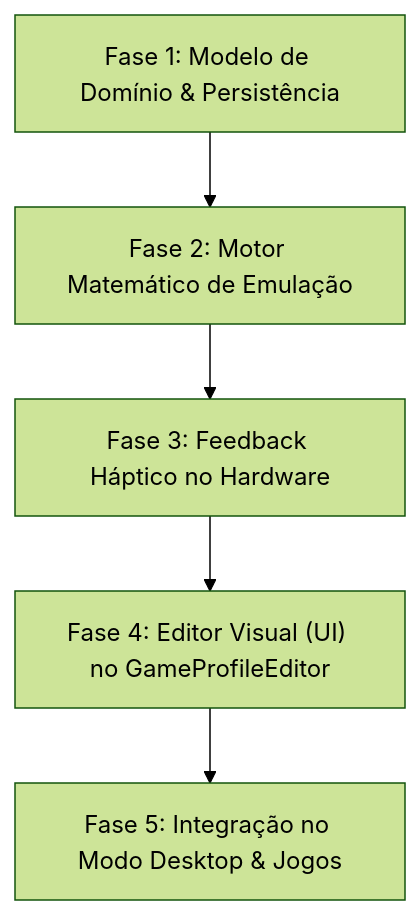
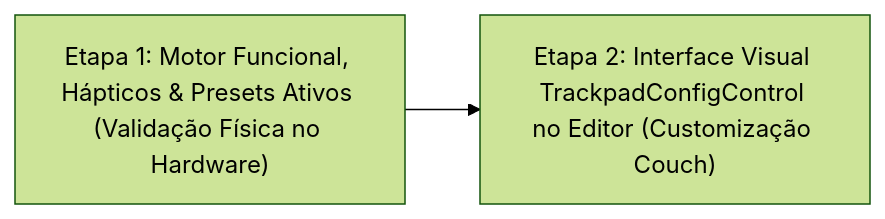
One commit to Theadrill/ConsoleMode-GamepadCompanion changed the diagram in docs/PLANO_DE_IMPLEMENTACAO_TRACKPADS.md. Above: the diagram before and after it, drawn with Mermaid (forest theme). The commit also changed other lines of this file, not shown here.

Commit message:
docs: consolidate trackpad implementation plan into 2 testable stages based on grill-me alignment

````diff
--- a/docs/PLANO_DE_IMPLEMENTACAO_TRACKPADS.md
+++ b/docs/PLANO_DE_IMPLEMENTACAO_TRACKPADS.md
@@ -55,7 +59,4 @@
 ```mermaid
-flowchart TD
-    F1["Fase 1: Modelo de Domínio & Persistência"] --> F2["Fase 2: Motor Matemático de Emulação"]
-    F2 --> F3["Fase 3: Feedback Háptico no Hardware"]
-    F3 --> F4["Fase 4: Editor Visual (UI) no GameProfileEditor"]
-    F4 --> F5["Fase 5: Integração no Modo Desktop & Jogos"]
+flowchart LR
+    E1["Etapa 1: Motor Funcional, Hápticos & Presets Ativos (Validação Física no Hardware)"] --> E2["Etapa 2: Interface Visual TrackpadConfigControl no Editor (Customização Couch)"]
 ```
````
